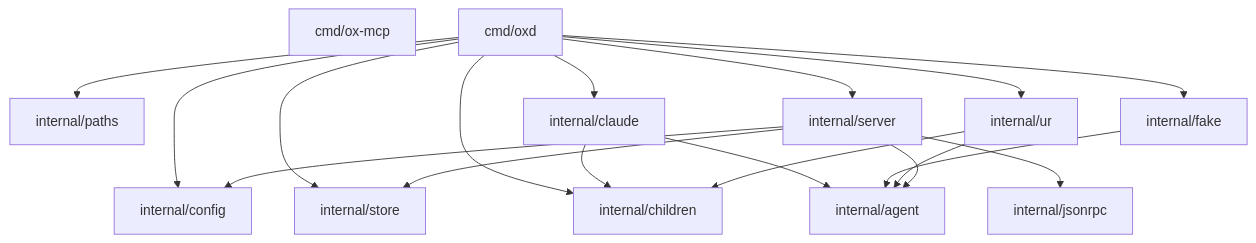
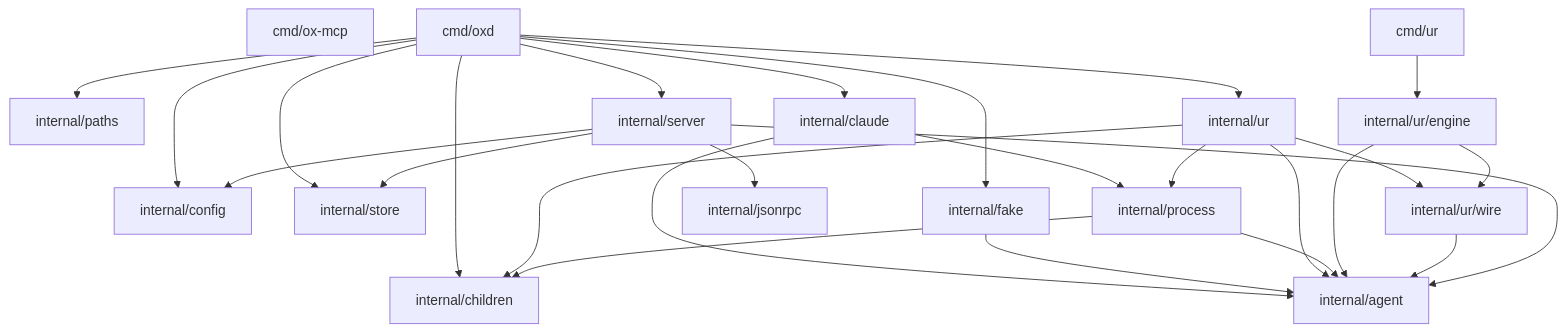
One commit to kkestell/ox changed the second of 5 diagrams in docs/architecture.md. Above: the diagram before and after it, drawn with Mermaid. The commit also changed other lines of this file and 32 other files, not shown here.

````diff
--- a/docs/architecture.md
+++ b/docs/architecture.md
@@ -38,33 +39,45 @@
 ```mermaid
 flowchart TD
   oxmcp["cmd/ox-mcp"]
   oxd["cmd/oxd"]
+  urcmd["cmd/ur"]
   paths["internal/paths"]
   config["internal/config"]
   store["internal/store"]
   claude["internal/claude"]
   children["internal/children"]
   fake["internal/fake"]
   ur["internal/ur"]
+  engine["internal/ur/engine"]
+  wire["internal/ur/wire"]
+  process["internal/process"]
   server["internal/server"]
   jsonrpc["internal/jsonrpc"]
   agent["internal/agent"]
 
   oxd --> paths
   oxd --> config
   oxd --> store
   oxd --> children
   oxd --> claude
   oxd --> fake
   oxd --> ur
   oxd --> server
   claude --> agent
-  claude --> children
+  claude --> process
   fake --> agent
   ur --> agent
+  ur --> process
   ur --> children
+  ur --> wire
+  process --> agent
+  process --> children
+  urcmd --> engine
+  engine --> wire
+  engine --> agent
+  wire --> agent
   server --> config
   server --> store
   server --> jsonrpc
   server --> agent
 ```
````
